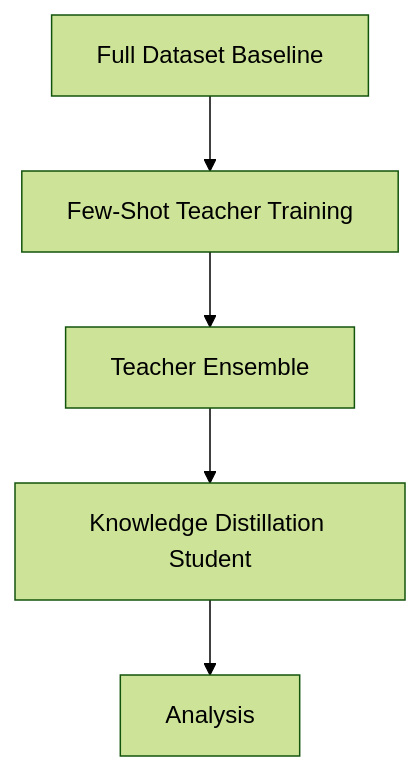
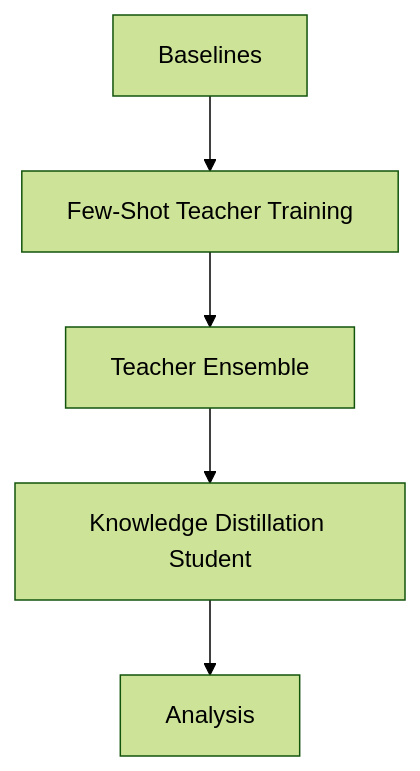
One commit to tarkojev/academicai changed the diagram in README.md. Above: the diagram before and after it, drawn with Mermaid (forest theme).

Commit message:
readme update

````diff
--- a/README.md
+++ b/README.md
@@ -17,7 +17,7 @@
 ```mermaid
 graph TD
-    A[Full Dataset Baseline] --> B[Few-Shot Teacher Training]
+    A[Baselines] --> B[Few-Shot Teacher Training]
     B --> C[Teacher Ensemble]
     C --> D[Knowledge Distillation Student]
     D --> E[Analysis]
 ```
````
